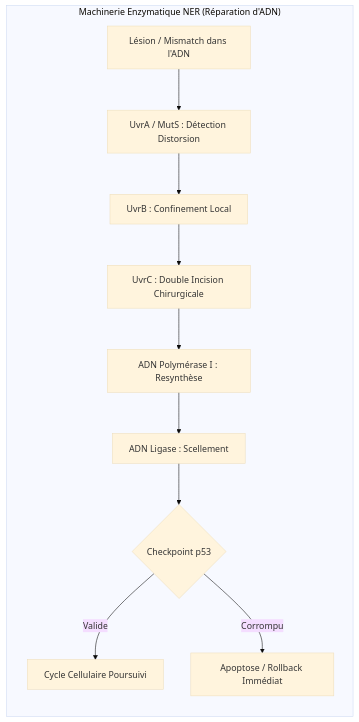
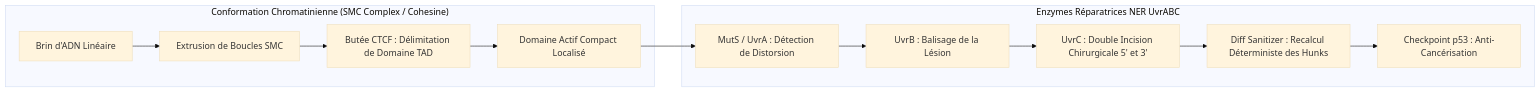
Before and after one commit to PISSARAW/GenOS: the second of 3 diagrams in docs/BIOMIMETIC_SOFTWARE_REPAIR.md, drawn with Mermaid (base theme). The commit also changed other lines of this file and 1 other file, not shown here.

Commit message:
[DOC] Documentation enrichie de l'architecture biomimetique et suite de validation SWE-bench V3

````diff
--- a/docs/BIOMIMETIC_SOFTWARE_REPAIR.md
+++ b/docs/BIOMIMETIC_SOFTWARE_REPAIR.md
@@ -58,13 +57,16 @@
 ```mermaid
 graph LR
-    subgraph "Machinerie Enzymatique NER (Réparation d'ADN)"
-        Lesion[Lésion / Mismatch dans l'ADN] --> UvrA[UvrA / MutS : Détection Distorsion]
-        UvrA --> UvrB[UvrB : Confinement Local]
-        UvrB --> UvrC[UvrC : Double Incision Chirurgicale]
-        UvrC --> Pol[ADN Polymérase I : Resynthèse]
-        Pol --> Ligase[ADN Ligase : Scellement]
-        Ligase --> P53{Checkpoint p53}
-        P53 -- Valide --> CellNominal[Cycle Cellulaire Poursuivi]
-        P53 -- Corrompu --> Apoptosis[Apoptose / Rollback Immédiat]
+    subgraph "Conformation Chromatinienne (SMC Complex / Cohesine)"
+        Genome1D[Brin d'ADN Linéaire] --> Extrusion[Extrusion de Boucles SMC]
+        Extrusion --> CTCF[Butée CTCF : Délimitation de Domaine TAD]
+        CTCF --> LocalizedTAD[Domaine Actif Compact Localisé]
+    end
+
+    subgraph "Enzymes Réparatrices NER UvrABC"
+        LocalizedTAD --> UvrA[MutS / UvrA : Détection de Distorsion]
+        UvrA --> UvrB[UvrB : Balisage de la Lésion]
+        UvrB --> UvrC[UvrC : Double Incision Chirurgicale 5' et 3']
+        UvrC --> Sanitizer[Diff Sanitizer : Recalcul Déterministe des Hunks]
+        Sanitizer --> P53Gate[Checkpoint p53 : Anti-Cancérisation]
     end
 ```
````
